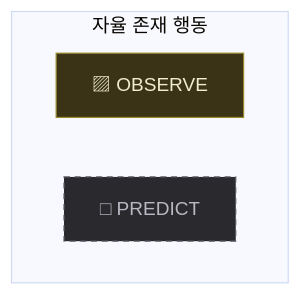
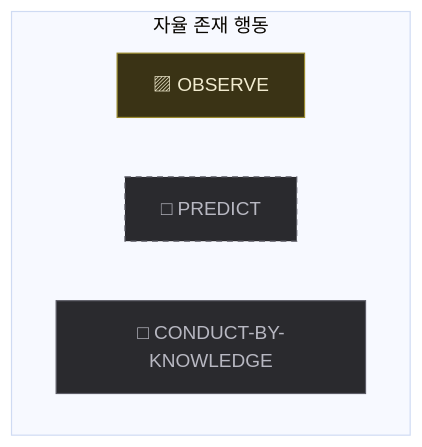
The tenth of 17 diagrams in HktAdvProtoH/content/proto-adventure/master/graph/GRAPH.md (dkwkekzz/HktFramework), drawn with Mermaid (base theme) before and after one commit. The commit also changed other lines of this file and 17 other files, not shown here.

````diff
--- a/HktAdvProtoH/content/proto-adventure/master/graph/GRAPH.md
+++ b/HktAdvProtoH/content/proto-adventure/master/graph/GRAPH.md
@@ -437,16 +442,18 @@
 ```mermaid
 flowchart TB
   subgraph SEGBASE ["자율 존재 행동"]
     N0["▨ OBSERVE"]
     N1["□ PREDICT"]
+    N2["□ CONDUCT-BY-KNOWLEDGE"]
   end
 
   classDef impl fill:#16351f,stroke:#3f8a52,color:#d8f2df;
   classDef part fill:#3a3315,stroke:#9a8a2e,color:#f2ecd0;
   classDef miss fill:#2a2a2e,stroke:#5c5c66,color:#b8b8c2;
   classDef implS fill:#16351f,stroke:#3f8a52,color:#d8f2df,stroke-dasharray:5 4;
   classDef partS fill:#3a3315,stroke:#9a8a2e,color:#f2ecd0,stroke-dasharray:5 4;
   classDef missS fill:#2a2a2e,stroke:#5c5c66,color:#b8b8c2,stroke-dasharray:5 4;
   class N0 part;
+  class N2 miss;
   class N1 missS;
 ```
````
